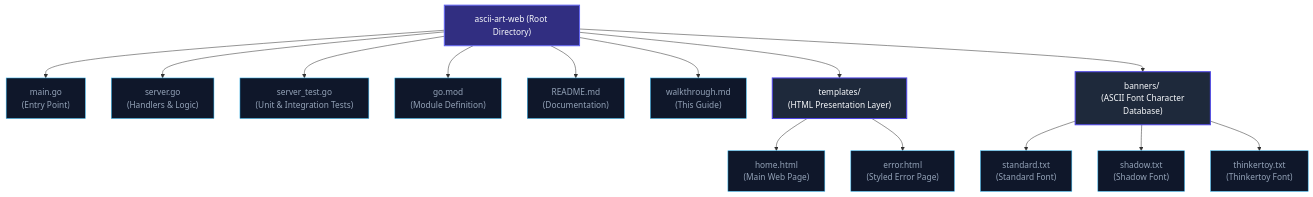
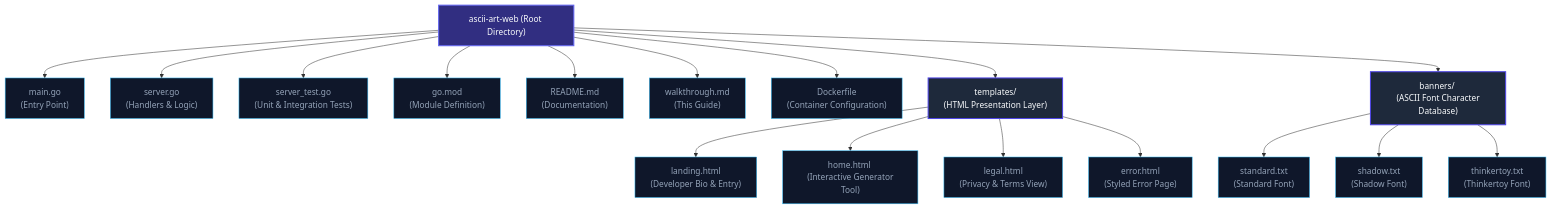
Before and after one commit to jezreal-dev/ascii-art-web-generator: the first of 2 diagrams in walkthrough.md, drawn with Mermaid. The commit also changed other lines of this file and 1 other file, not shown here.

````diff
--- a/walkthrough.md
+++ b/walkthrough.md
@@ -9,51 +9,57 @@
 ```mermaid
 graph TD
     %% Project Structure Graph
     Root["ascii-art-web (Root Directory)"]
     
     %% Main Files
     Main["main.go <br> (Entry Point)"]
     Server["server.go <br> (Handlers & Logic)"]
     Test["server_test.go <br> (Unit & Integration Tests)"]
     Mod["go.mod <br> (Module Definition)"]
     Read["README.md <br> (Documentation)"]
     Walk["walkthrough.md <br> (This Guide)"]
+    Dockerfile["Dockerfile <br> (Container Configuration)"]
     
     %% Directories
     TemplatesDir["templates/ <br> (HTML Presentation Layer)"]
     BannersDir["banners/ <br> (ASCII Font Character Database)"]
     
     %% Inside Directories
-    HomeTmpl["home.html <br> (Main Web Page)"]
+    LandingTmpl["landing.html <br> (Developer Bio & Entry)"]
+    HomeTmpl["home.html <br> (Interactive Generator Tool)"]
+    LegalTmpl["legal.html <br> (Privacy & Terms View)"]
     ErrorTmpl["error.html <br> (Styled Error Page)"]
     
     StandardB["standard.txt <br> (Standard Font)"]
     ShadowB["shadow.txt <br> (Shadow Font)"]
     ThinkertoyB["thinkertoy.txt <br> (Thinkertoy Font)"]
 
     %% Connections
     Root --> Main
     Root --> Server
     Root --> Test
     Root --> Mod
     Root --> Read
     Root --> Walk
+    Root --> Dockerfile
     Root --> TemplatesDir
     Root --> BannersDir
     
+    TemplatesDir --> LandingTmpl
     TemplatesDir --> HomeTmpl
+    TemplatesDir --> LegalTmpl
     TemplatesDir --> ErrorTmpl
     
     BannersDir --> StandardB
     BannersDir --> ShadowB
     BannersDir --> ThinkertoyB
 
     %% Styles
     classDef dir fill:#1e293b,stroke:#4f46e5,stroke-width:2px,color:#f8fafc;
     classDef file fill:#0f172a,stroke:#38bdf8,stroke-width:1px,color:#94a3b8;
     classDef root fill:#312e81,stroke:#6366f1,stroke-width:2px,color:#f8fafc;
     
     class Root root;
     class TemplatesDir,BannersDir dir;
-    class Main,Server,Test,Mod,Read,Walk,HomeTmpl,ErrorTmpl,StandardB,ShadowB,ThinkertoyB file;
+    class Main,Server,Test,Mod,Read,Walk,Dockerfile,LandingTmpl,HomeTmpl,LegalTmpl,ErrorTmpl,StandardB,ShadowB,ThinkertoyB file;
 ```
````
